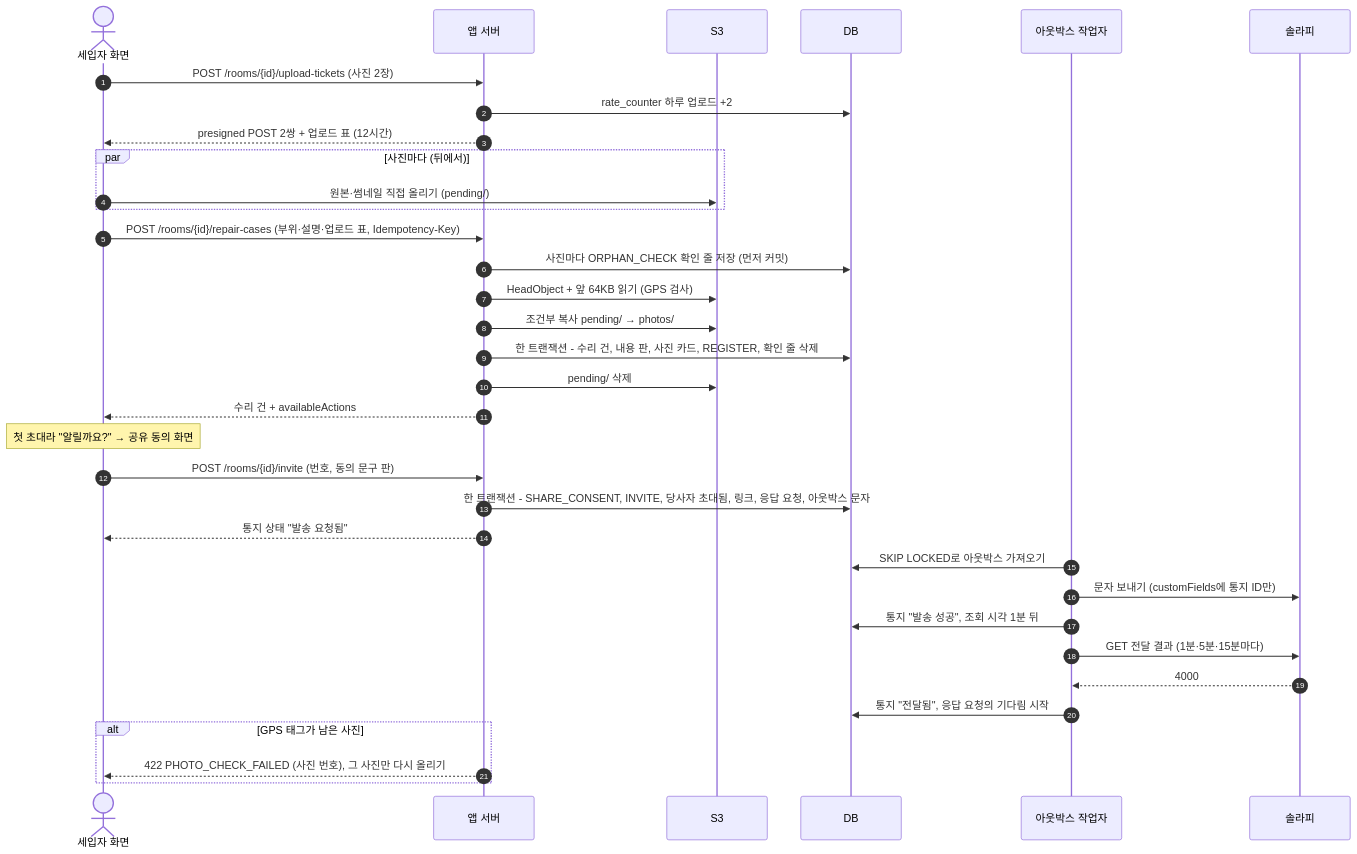
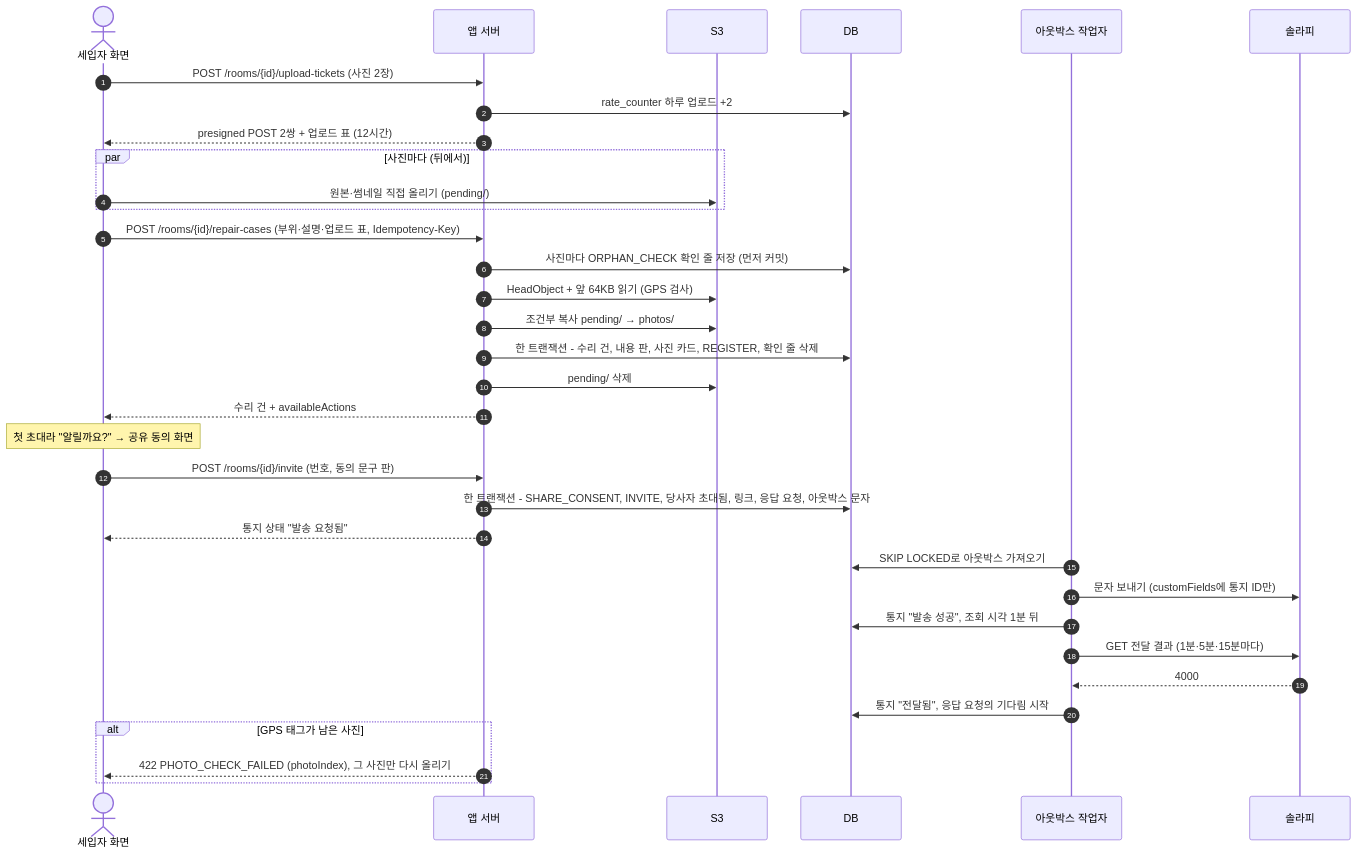
One commit to prgrms-be-devcourse/NBE12-14-final-homestamp changed the first of 6 diagrams in docs/rules/06-요구사항-명세.md. Above: the diagram before and after it, drawn with Mermaid. The commit also changed other lines of this file and 2 other files, not shown here.

````diff
--- a/docs/rules/06-요구사항-명세.md
+++ b/docs/rules/06-요구사항-명세.md
@@ -2228,36 +2229,36 @@
 ```mermaid
 sequenceDiagram
     autonumber
     actor T as 세입자 화면
     participant API as 앱 서버
     participant S3 as S3
     participant DB as DB
     participant W as 아웃박스 작업자
     participant SOL as 솔라피
     T->>API: POST /rooms/{id}/upload-tickets (사진 2장)
     API->>DB: rate_counter 하루 업로드 +2
     API-->>T: presigned POST 2쌍 + 업로드 표 (12시간)
     par 사진마다 (뒤에서)
         T->>S3: 원본·썸네일 직접 올리기 (pending/)
     end
     T->>API: POST /rooms/{id}/repair-cases (부위·설명·업로드 표, Idempotency-Key)
     API->>DB: 사진마다 ORPHAN_CHECK 확인 줄 저장 (먼저 커밋)
     API->>S3: HeadObject + 앞 64KB 읽기 (GPS 검사)
     API->>S3: 조건부 복사 pending/ → photos/
     API->>DB: 한 트랜잭션 - 수리 건, 내용 판, 사진 카드, REGISTER, 확인 줄 삭제
     API->>S3: pending/ 삭제
     API-->>T: 수리 건 + availableActions
     Note over T: 첫 초대라 "알릴까요?" → 공유 동의 화면
     T->>API: POST /rooms/{id}/invite (번호, 동의 문구 판)
     API->>DB: 한 트랜잭션 - SHARE_CONSENT, INVITE, 당사자 초대됨, 링크, 응답 요청, 아웃박스 문자
     API-->>T: 통지 상태 "발송 요청됨"
     W->>DB: SKIP LOCKED로 아웃박스 가져오기
     W->>SOL: 문자 보내기 (customFields에 통지 ID만)
     W->>DB: 통지 "발송 성공", 조회 시각 1분 뒤
     W->>SOL: GET 전달 결과 (1분·5분·15분마다)
     SOL-->>W: 4000
     W->>DB: 통지 "전달됨", 응답 요청의 기다림 시작
     alt GPS 태그가 남은 사진
-        API-->>T: 422 PHOTO_CHECK_FAILED (사진 번호), 그 사진만 다시 올리기
+        API-->>T: 422 PHOTO_CHECK_FAILED (photoIndex), 그 사진만 다시 올리기
     end
 ```
````
